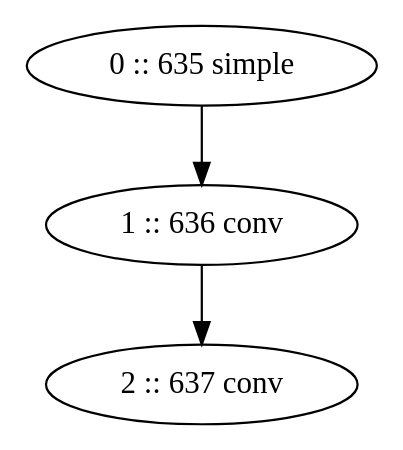
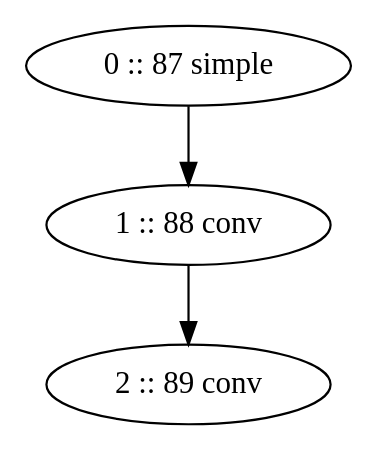
The diagram in images/arch.gv (pradyumn014/NeuralArchitectureSearch), drawn with Graphviz before and after one commit. The commit also changed 3 other files, not shown here.

```diff
--- a/images/arch.gv
+++ b/images/arch.gv
@@ -1,8 +1,8 @@
 // ./images/arch.gv
 digraph "./images/arch" {
-	0 [label="0 :: 635 simple"]
-	1 [label="1 :: 636 conv"]
-	2 [label="2 :: 637 conv"]
+	0 [label="0 :: 87 simple"]
+	1 [label="1 :: 88 conv"]
+	2 [label="2 :: 89 conv"]
 	0 -> 1
 	1 -> 2
 }
```
